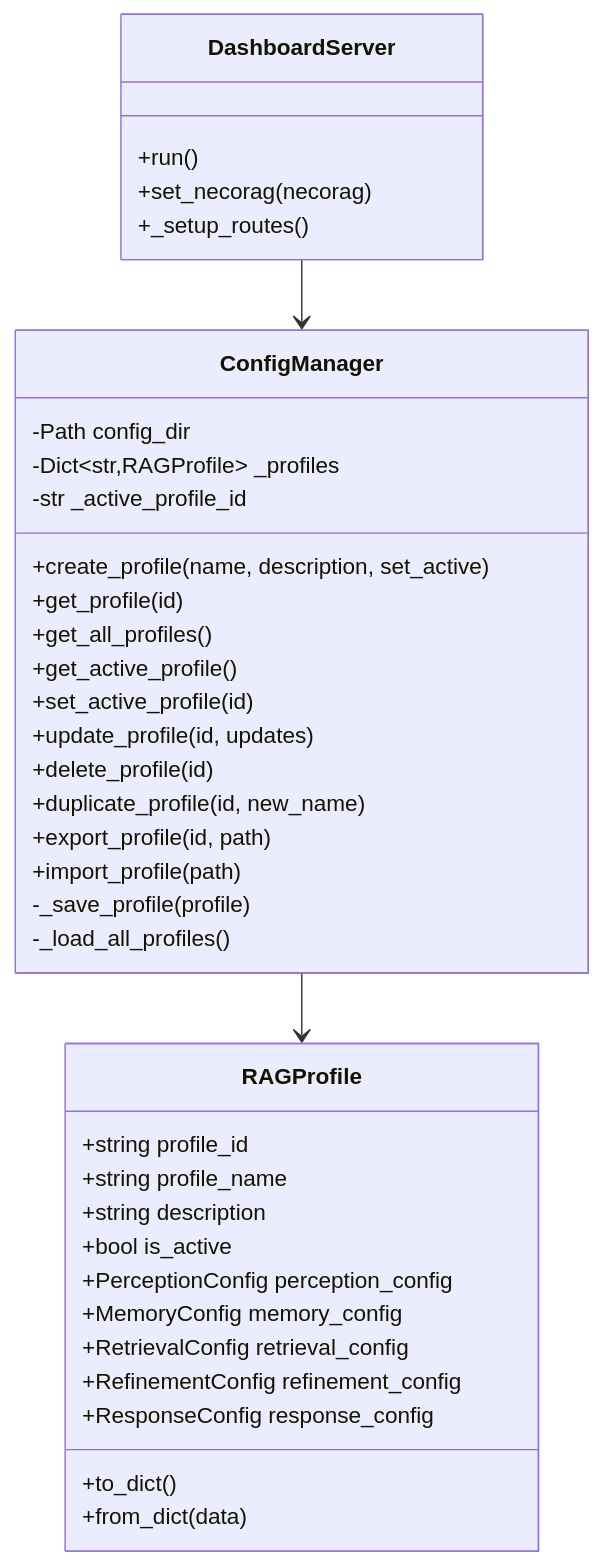
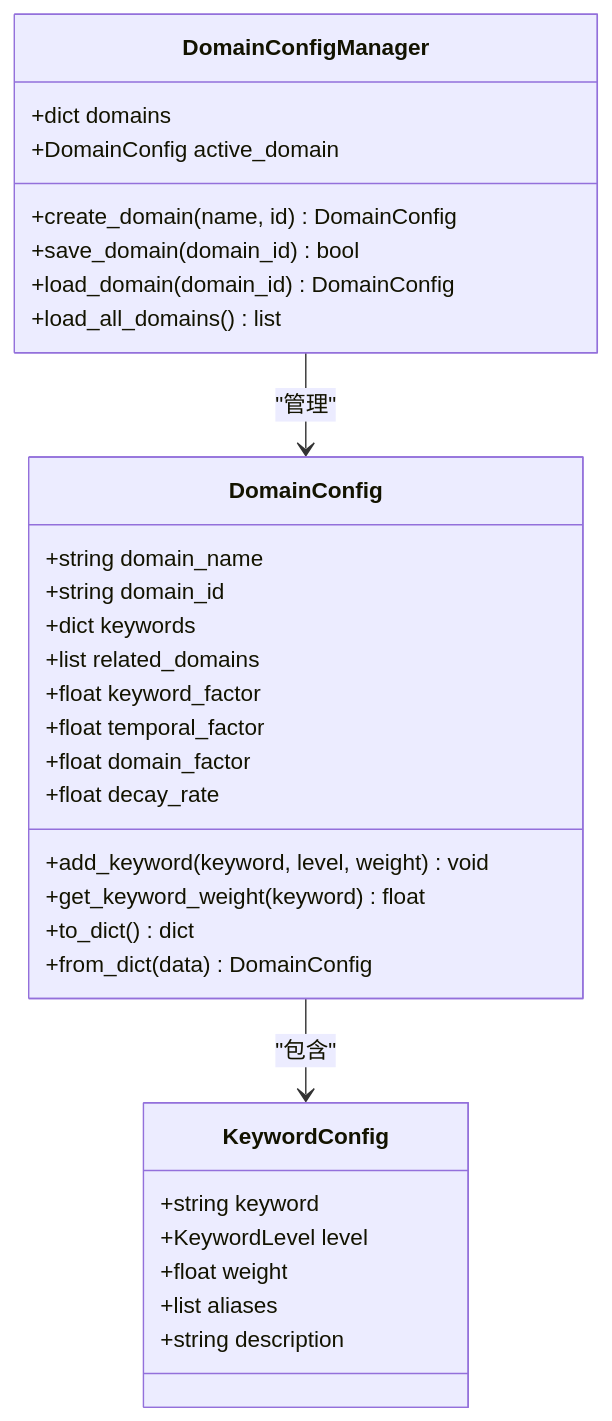
One commit to JieGaoPrinceton/NecoRAG changed the seventh of 9 diagrams in .qoder/repowiki/zh/content/核心架构设计/配置管理系统.md. Above: the diagram before and after it, drawn with Mermaid. The commit also changed other lines of this file and 181 other files, not shown here.

````diff
--- a/.qoder/repowiki/zh/content/核心架构设计/配置管理系统.md
+++ b/.qoder/repowiki/zh/content/核心架构设计/配置管理系统.md
@@ -223,40 +396,34 @@
 ```mermaid
 classDiagram
-class ConfigManager {
--Path config_dir
--Dict~str,RAGProfile~ _profiles
--str _active_profile_id
-+create_profile(name, description, set_active)
-+get_profile(id)
-+get_all_profiles()
-+get_active_profile()
-+set_active_profile(id)
-+update_profile(id, updates)
-+delete_profile(id)
-+duplicate_profile(id, new_name)
-+export_profile(id, path)
-+import_profile(path)
--_save_profile(profile)
--_load_all_profiles()
+class DomainConfig {
++string domain_name
++string domain_id
++dict keywords
++list related_domains
++float keyword_factor
++float temporal_factor
++float domain_factor
++float decay_rate
++add_keyword(keyword, level, weight) void
++get_keyword_weight(keyword) float
++to_dict() dict
++from_dict(data) DomainConfig
 }
-class RAGProfile {
-+string profile_id
-+string profile_name
+class KeywordConfig {
++string keyword
++KeywordLevel level
++float weight
++list aliases
 +string description
-+bool is_active
-+PerceptionConfig perception_config
-+MemoryConfig memory_config
-+RetrievalConfig retrieval_config
-+RefinementConfig refinement_config
-+ResponseConfig response_config
-+to_dict()
-+from_dict(data)
 }
-class DashboardServer {
-+run()
-+set_necorag(necorag)
-+_setup_routes()
+class DomainConfigManager {
++dict domains
++DomainConfig active_domain
++create_domain(name, id) DomainConfig
++save_domain(domain_id) bool
++load_domain(domain_id) DomainConfig
++load_all_domains() list
 }
-ConfigManager --> RAGProfile
-DashboardServer --> ConfigManager
+DomainConfig --> KeywordConfig : "包含"
+DomainConfigManager --> DomainConfig : "管理"
 ```
````
